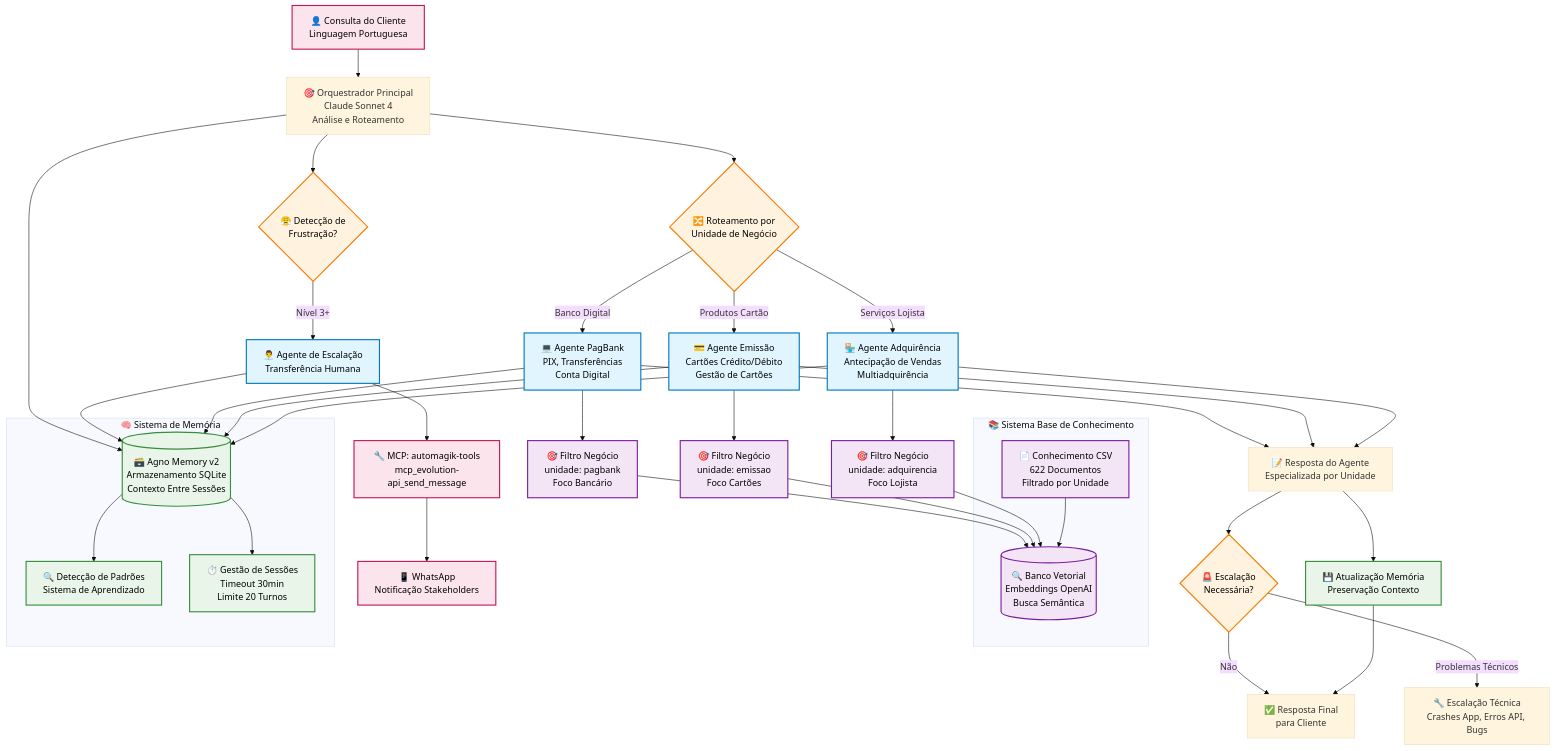
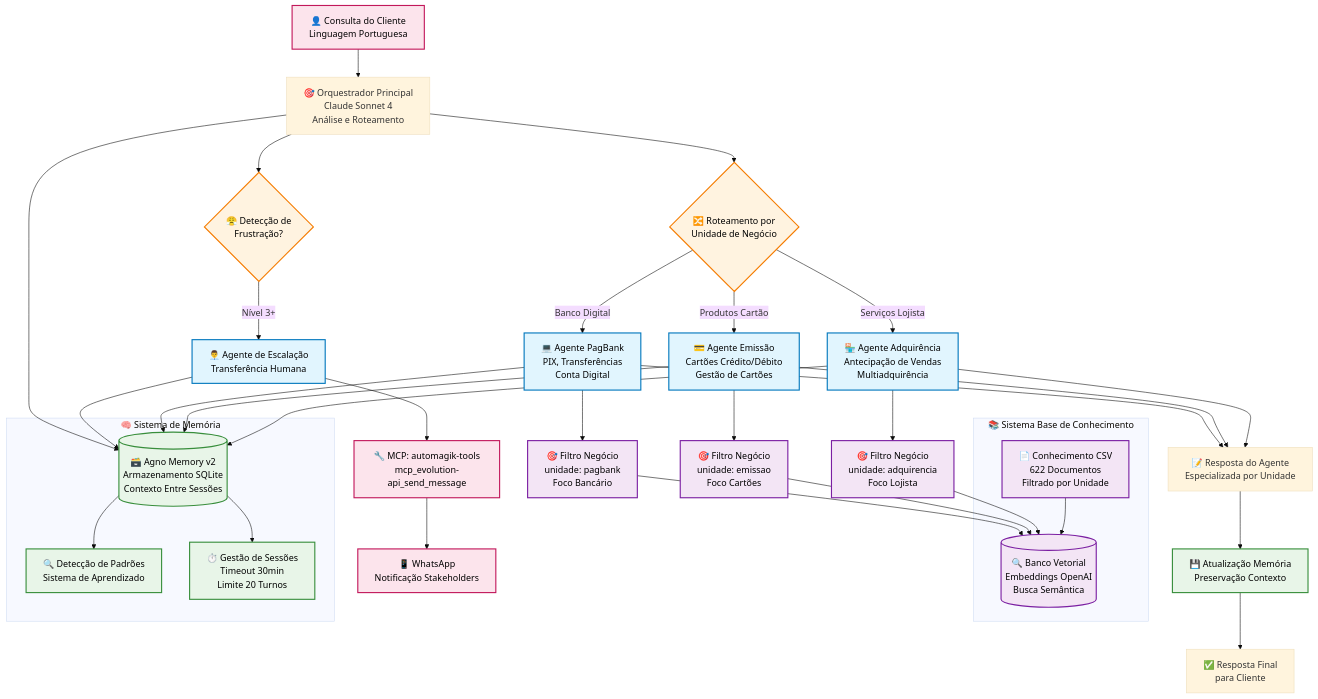
The diagram in README.md (namastexlabs/automagik-hive), drawn with Mermaid (base theme) before and after one commit. The commit also changed other lines of this file and 23 other files, not shown here.

````diff
--- a/README.md
+++ b/README.md
@@ -9,82 +9,77 @@
 ```mermaid
 graph TB
     %% Ponto de Entrada do Cliente
     Customer[👤 Consulta do Cliente<br/>Linguagem Portuguesa] --> Orchestrator
 
     %% Orquestrador Principal
     Orchestrator[🎯 Orquestrador Principal<br/>Claude Sonnet 4<br/>Análise e Roteamento]
     
     %% Decisão de Roteamento
     Orchestrator --> Routing{🔀 Roteamento por<br/>Unidade de Negócio}
     
     %% Detecção de Escalação Humana
     Orchestrator --> HumanCheck{😤 Detecção de<br/>Frustração?}
     HumanCheck -->|Nível 3+| HumanAgent[👨‍💼 Agente de Escalação<br/>Transferência Humana]
     HumanAgent --> McpTool[🔧 MCP: automagik-tools<br/>mcp_evolution-api_send_message]
     McpTool --> WhatsApp[📱 WhatsApp<br/>Notificação Stakeholders]
     
     %% Agentes por Unidade de Negócio
     Routing -->|Serviços Lojista| AdquirenciaAgent[🏪 Agente Adquirência<br/>Antecipação de Vendas<br/>Multiadquirência]
     Routing -->|Produtos Cartão| EmissaoAgent[💳 Agente Emissão<br/>Cartões Crédito/Débito<br/>Gestão de Cartões]
     Routing -->|Banco Digital| PagBankAgent[💻 Agente PagBank<br/>PIX, Transferências<br/>Conta Digital]
     
     %% Sistema Base de Conhecimento
     subgraph Knowledge["📚 Sistema Base de Conhecimento"]
         CSV[📄 Conhecimento CSV<br/>622 Documentos<br/>Filtrado por Unidade]
         Vector[(🔍 Banco Vetorial<br/>Embeddings OpenAI<br/>Busca Semântica)]
         CSV --> Vector
     end
     
     %% Filtragem por Unidade
     AdquirenciaAgent --> Filter1[🎯 Filtro Negócio<br/>unidade: adquirencia<br/>Foco Lojista]
     EmissaoAgent --> Filter2[🎯 Filtro Negócio<br/>unidade: emissao<br/>Foco Cartões]
     PagBankAgent --> Filter3[🎯 Filtro Negócio<br/>unidade: pagbank<br/>Foco Bancário]
     
     %% Consultas de Conhecimento
     Filter1 --> Vector
     Filter2 --> Vector
     Filter3 --> Vector
     
     %% Sistema de Memória
     subgraph Memory["🧠 Sistema de Memória"]
         AgnoMemory[(🗃️ Agno Memory v2<br/>Armazenamento SQLite<br/>Contexto Entre Sessões)]
         PatternDetect[🔍 Detecção de Padrões<br/>Sistema de Aprendizado]
         SessionMgmt[⏱️ Gestão de Sessões<br/>Timeout 30min<br/>Limite 20 Turnos]
     end
     
     %% Integração de Memória
     AdquirenciaAgent --> AgnoMemory
     EmissaoAgent --> AgnoMemory
     PagBankAgent --> AgnoMemory
     HumanAgent --> AgnoMemory
     Orchestrator --> AgnoMemory
     
     AgnoMemory --> PatternDetect
     AgnoMemory --> SessionMgmt
     
     %% Fluxo de Resposta
     AdquirenciaAgent --> Response[📝 Resposta do Agente<br/>Especializada por Unidade]
     EmissaoAgent --> Response
     PagBankAgent --> Response
     
     Response --> MemoryUpdate[💾 Atualização Memória<br/>Preservação Contexto]
     MemoryUpdate --> FinalResponse[✅ Resposta Final<br/>para Cliente]
     
-    %% Sistema de Escalação
-    Response --> EscalationCheck{🚨 Escalação<br/>Necessária?}
-    EscalationCheck -->|Problemas Técnicos| TechnicalEsc[🔧 Escalação Técnica<br/>Crashes App, Erros API, Bugs]
-    EscalationCheck -->|Não| FinalResponse
-    
     %% Styling
     classDef agent fill:#e1f5fe,stroke:#0277bd,stroke-width:2px,color:#000000
     classDef knowledge fill:#f3e5f5,stroke:#7b1fa2,stroke-width:2px,color:#000000
     classDef memory fill:#e8f5e8,stroke:#388e3c,stroke-width:2px,color:#000000
     classDef decision fill:#fff3e0,stroke:#f57c00,stroke-width:2px,color:#000000
     classDef external fill:#fce4ec,stroke:#c2185b,stroke-width:2px,color:#000000
     
     class AdquirenciaAgent,EmissaoAgent,PagBankAgent,HumanAgent agent
     class CSV,Vector,Filter1,Filter2,Filter3 knowledge
     class AgnoMemory,PatternDetect,SessionMgmt,MemoryUpdate memory
-    class Routing,HumanCheck,EscalationCheck decision
+    class Routing,HumanCheck decision
     class WhatsApp,Customer,McpTool external
 ```
````
